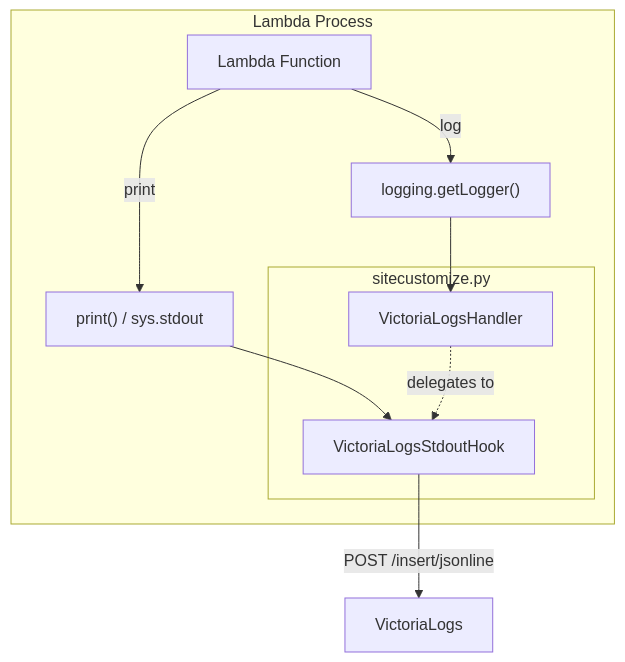
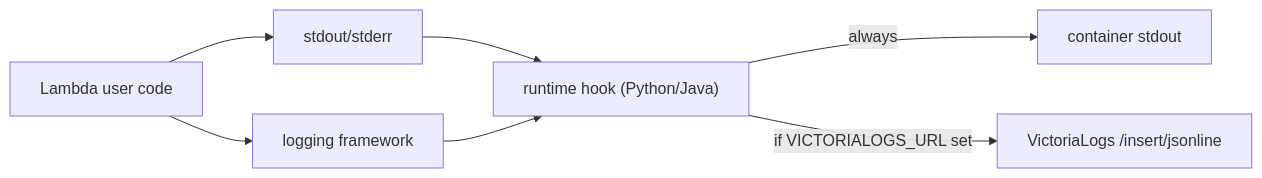
The diagram in docs/local-logging-adapter.md (poruru-code/esb), drawn with Mermaid before and after one commit. The commit also changed other lines of this file and 31 other files, not shown here.

````diff
--- a/docs/local-logging-adapter.md
+++ b/docs/local-logging-adapter.md
@@ -18,24 +15,9 @@
 ```mermaid
-flowchart TD
-    subgraph Process ["Lambda Process"]
-        UserCode[Lambda Function]
-        Print["print() / sys.stdout"]
-        Logging["logging.getLogger()"]
-
-        subgraph Sitecustomize ["sitecustomize.py"]
-            Hook[VictoriaLogsStdoutHook]
-            Handler[VictoriaLogsHandler]
-        end
-    end
-
-    VL[VictoriaLogs]
-
-    UserCode -->|print| Print
-    UserCode -->|log| Logging
-
-    Print --> Hook
-    Logging --> Handler
-
-    Hook -->|POST /insert/jsonline| VL
-    Handler -.->|delegates to| Hook
+flowchart LR
+    UserCode["Lambda user code"] --> STD["stdout/stderr"]
+    UserCode --> LOG["logging framework"]
+    STD --> Hook["runtime hook (Python/Java)"]
+    LOG --> Hook
+    Hook -->|always| LocalOut["container stdout"]
+    Hook -->|if VICTORIALOGS_URL set| VL["VictoriaLogs /insert/jsonline"]
 ```
````
